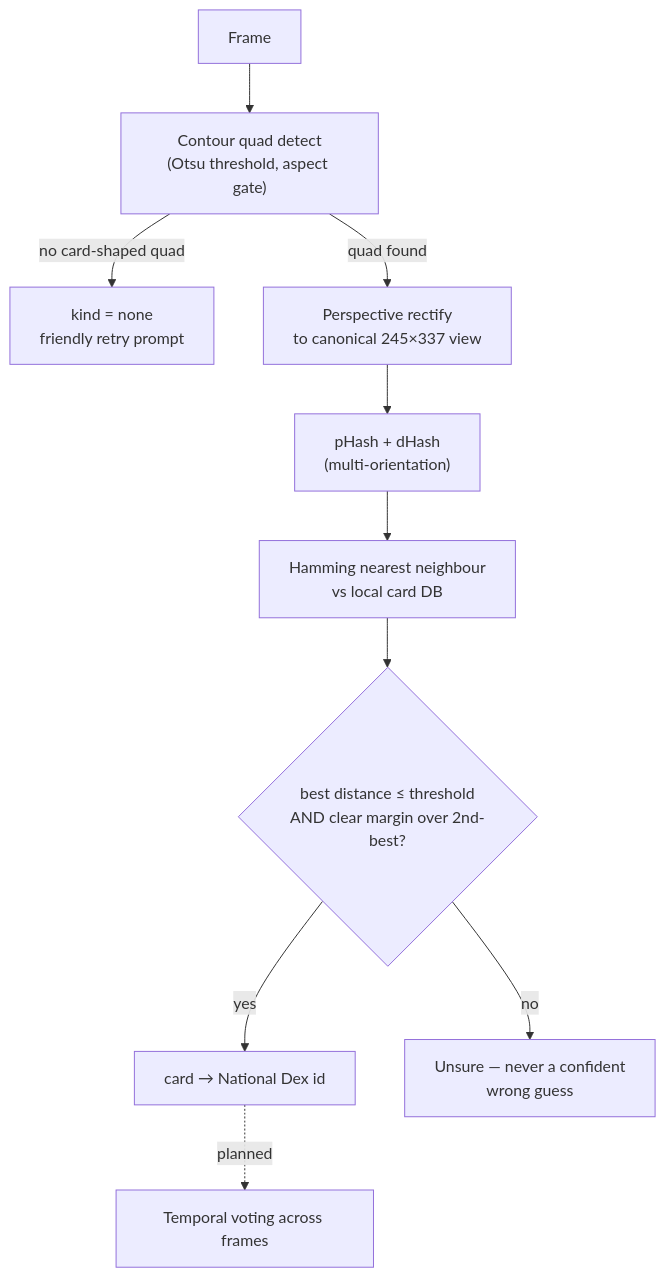
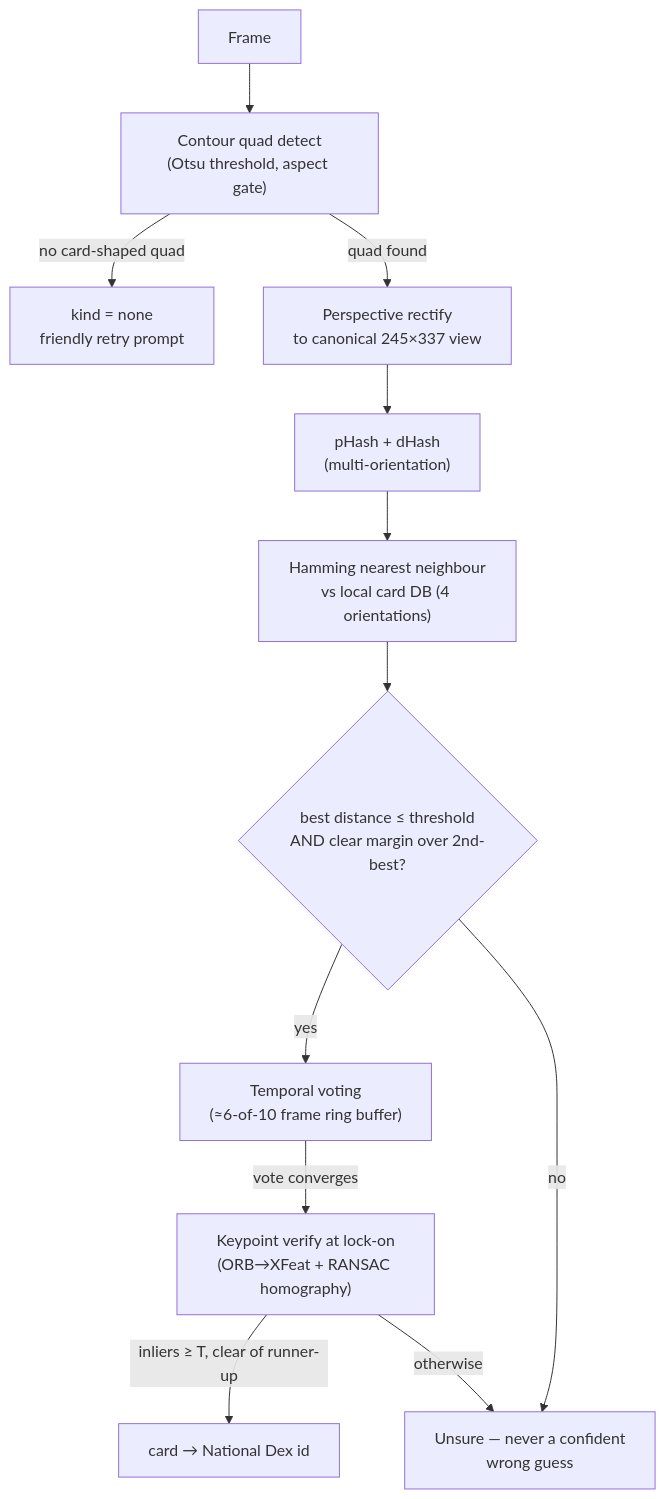
Before and after one commit to KelliherL/project14-pokedex: the second of 4 diagrams in docs/ARCHITECTURE.md, drawn with Mermaid. The commit also changed other lines of this file and 1 other file, not shown here.

Commit message:
Docs: adopt the synthesised approach (hash-vote-verify cards, DINOv2-kNN figurines, honest display stack)

````diff
--- a/docs/ARCHITECTURE.md
+++ b/docs/ARCHITECTURE.md
@@ -31,12 +33,14 @@
 ```mermaid
 flowchart TD
     f["Frame"] --> d["Contour quad detect<br/>(Otsu threshold, aspect gate)"]
     d -->|"no card-shaped quad"| none["kind = none<br/>friendly retry prompt"]
     d -->|"quad found"| r["Perspective rectify<br/>to canonical 245×337 view"]
     r --> h["pHash + dHash<br/>(multi-orientation)"]
-    h --> nn["Hamming nearest neighbour<br/>vs local card DB"]
+    h --> nn["Hamming nearest neighbour<br/>vs local card DB (4 orientations)"]
     nn --> acc{"best distance ≤ threshold<br/>AND clear margin over 2nd-best?"}
-    acc -->|yes| hit["card → National Dex id"]
+    acc -->|yes| tv["Temporal voting<br/>(≈6-of-10 frame ring buffer)"]
     acc -->|no| unsure["Unsure — never a confident<br/>wrong guess"]
-    hit -.->|planned| tv["Temporal voting across frames"]
+    tv -->|"vote converges"| ver["Keypoint verify at lock-on<br/>(ORB→XFeat + RANSAC homography)"]
+    ver -->|"inliers ≥ T, clear of runner-up"| hit["card → National Dex id"]
+    ver -->|"otherwise"| unsure
 ```
````
